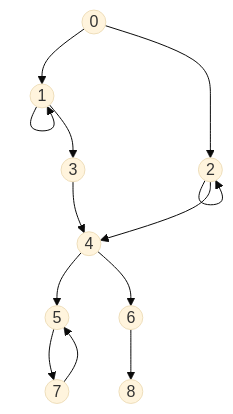
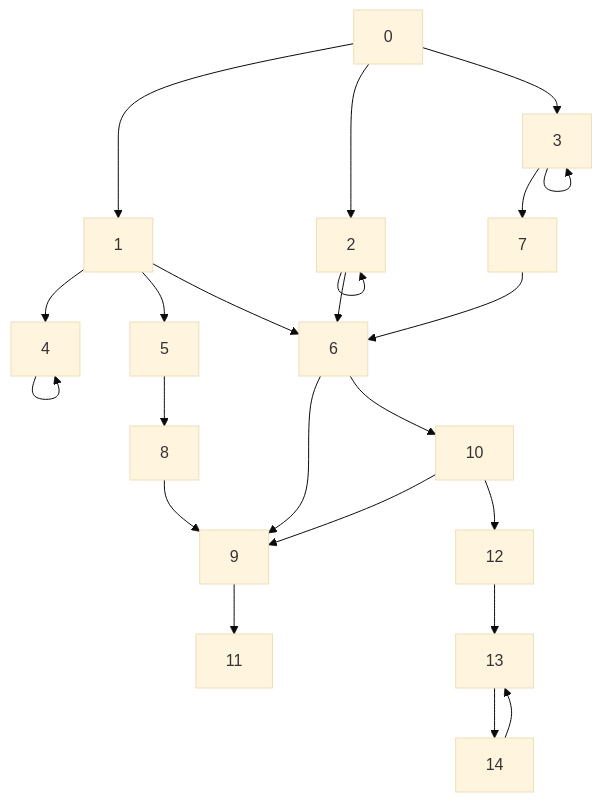
One commit to illustager/GameGraphSolver changed the diagram in examples/README_CN.md. Above: the diagram before and after it, drawn with Mermaid (base theme). The commit also changed 2 other files, not shown here.

Commit message:
Modify graph structure of example00/

````diff
--- a/examples/README_CN.md
+++ b/examples/README_CN.md
@@ -15,15 +15,25 @@
 ```mermaid
 graph TD;
-    0((0)) --> 1((1))
-	0((0)) --> 2((2))
-	1((1)) --> 1((1))
-	1((1)) --> 3((3))
-	2((2)) --> 2((2))
-	2((2)) --> 4((4))
-	3((3)) --> 4((4))
-	4((4)) --> 5((5))
-	4((4)) --> 6((6))
-	5((5)) --> 7((7))
-	6((6)) --> 8((8))
-	7((7)) --> 5((5))
+	0-->1;
+	0-->2;
+	0-->3;
+	1-->4;
+	1-->5;
+	1-->6;
+	2-->2;
+	2-->6;
+	3-->3;
+	3-->7;
+	4-->4;
+	5-->8;
+	6-->9;
+	6-->10;
+	7-->6;
+	8-->9;
+	9-->11;
+	10-->9;
+	10-->12;
+	12-->13;
+	13-->14;
+	14-->13;
 ```
````
